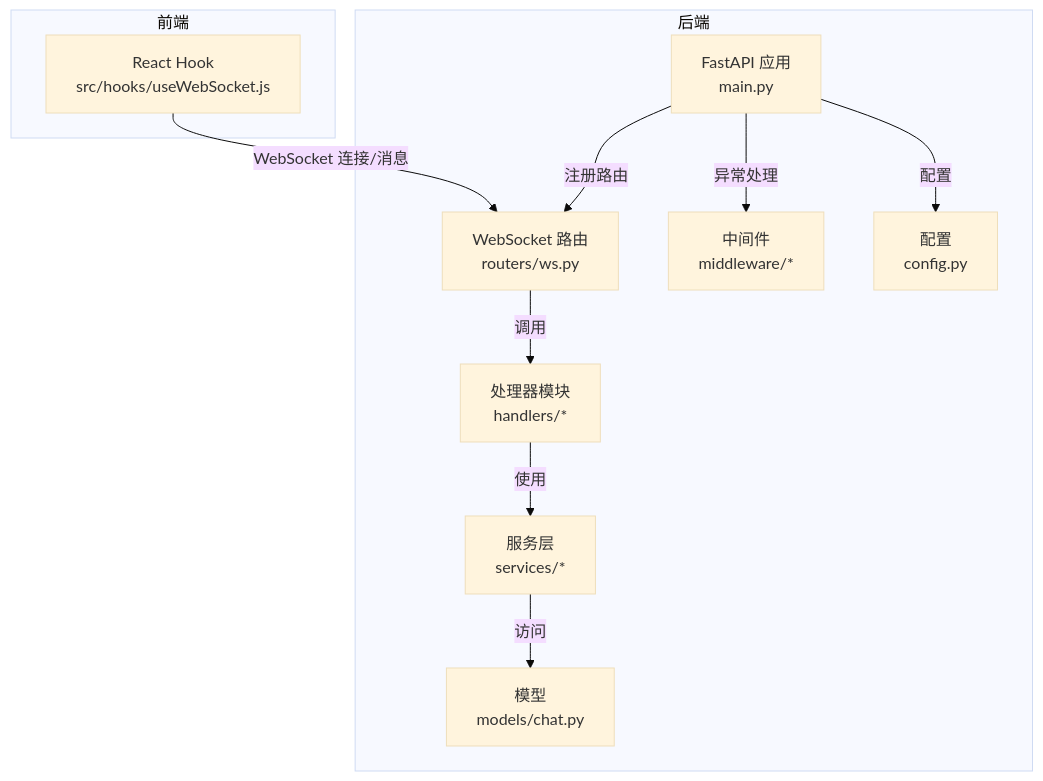
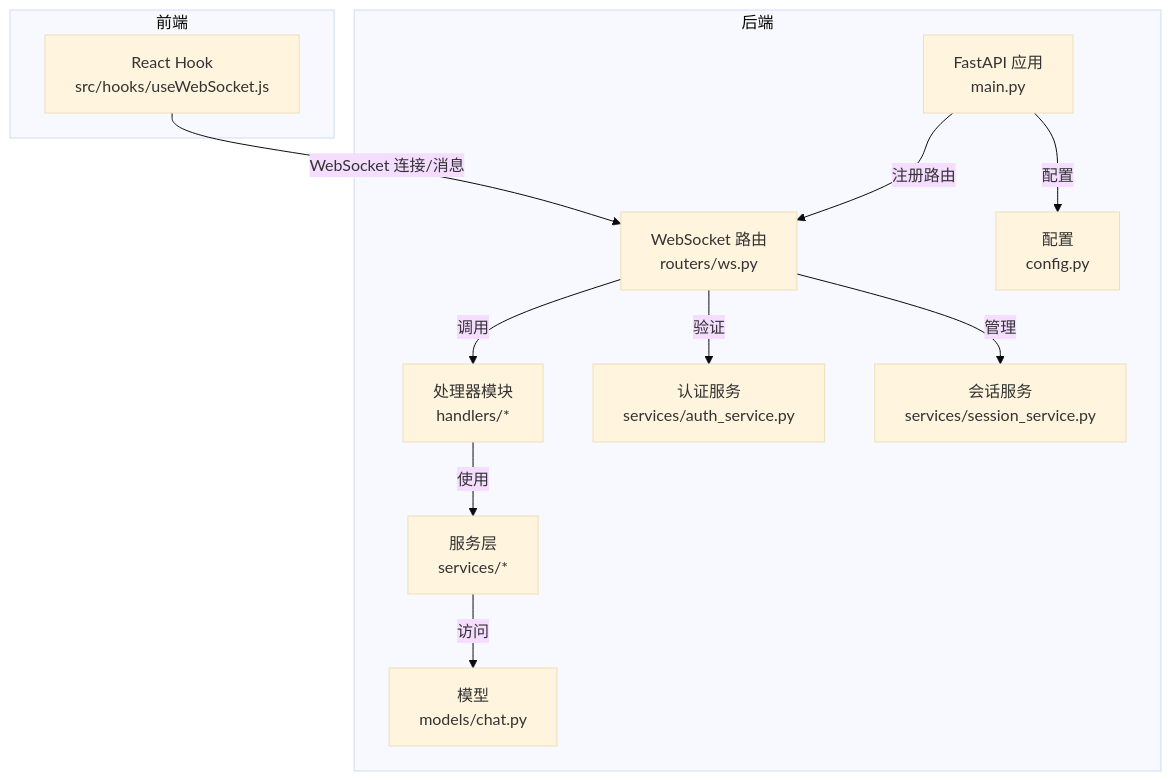
Before and after one commit to laohanhahaha/PaperChat: the first of 4 diagrams in .qoder/repowiki/zh/content/后端系统/API 路由系统/WebSocket 路由.md, drawn with Mermaid (base theme). The commit also changed other lines of this file and 8 other files, not shown here.

````diff
--- a/.qoder/repowiki/zh/content/后端系统/API 路由系统/WebSocket 路由.md
+++ b/.qoder/repowiki/zh/content/后端系统/API 路由系统/WebSocket 路由.md
@@ -37,22 +44,24 @@
 ```mermaid
 graph TB
 subgraph "后端"
 A["FastAPI 应用<br/>main.py"]
 B["WebSocket 路由<br/>routers/ws.py"]
 C["处理器模块<br/>handlers/*"]
 D["服务层<br/>services/*"]
-E["中间件<br/>middleware/*"]
-F["配置<br/>config.py"]
-G["模型<br/>models/chat.py"]
+E["配置<br/>config.py"]
+F["模型<br/>models/chat.py"]
+G["认证服务<br/>services/auth_service.py"]
+H["会话服务<br/>services/session_service.py"]
 end
 subgraph "前端"
-H["React Hook<br/>src/hooks/useWebSocket.js"]
+I["React Hook<br/>src/hooks/useWebSocket.js"]
 end
-H --> |WebSocket 连接/消息| B
+I --> |WebSocket 连接/消息| B
 A --> |注册路由| B
 B --> |调用| C
 C --> |使用| D
-D --> |访问| G
-A --> |异常处理| E
-A --> |配置| F
+D --> |访问| F
+A --> |配置| E
+B --> |验证| G
+B --> |管理| H
 ```
````
